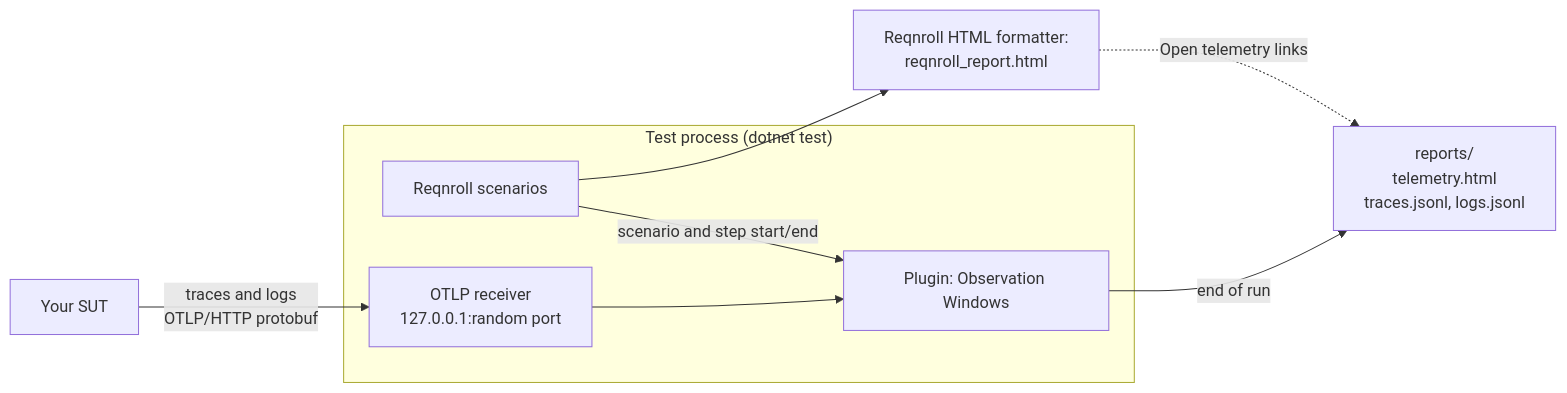
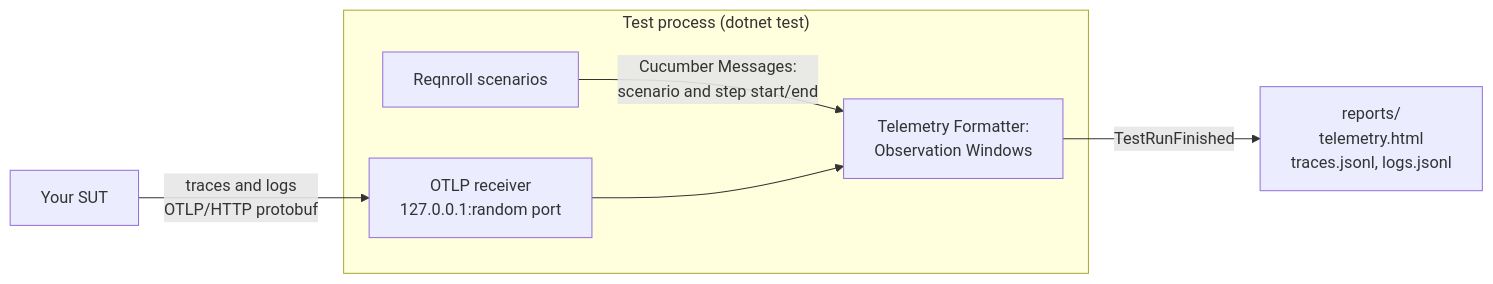
The diagram in docs/images/how-it-works.mmd (siavol/storks-opentelemetry-reqnroll), drawn with Mermaid before and after one commit. The commit also changed 47 other files, not shown here.

First line of the commit message:
Telemetry Formatter: the plugin is a Reqnroll formatter of its own (#12)

```diff
--- a/docs/images/how-it-works.mmd
+++ b/docs/images/how-it-works.mmd
@@ -1,12 +1,10 @@
 flowchart LR
     subgraph tests["Test process (dotnet test)"]
         scenarios["Reqnroll scenarios"]
-        plugin["Plugin: Observation Windows"]
+        plugin["Telemetry Formatter:<br/>Observation Windows"]
         receiver["OTLP receiver<br/>127.0.0.1:random port"]
-        scenarios -- "scenario and step start/end" --> plugin
+        scenarios -- "Cucumber Messages:<br/>scenario and step start/end" --> plugin
         receiver --> plugin
     end
     sut["Your SUT"] -- "traces and logs<br/>OTLP/HTTP protobuf" --> receiver
-    plugin -- "end of run" --> files["reports/<br/>telemetry.html<br/>traces.jsonl, logs.jsonl"]
-    scenarios --> report["Reqnroll HTML formatter:<br/>reqnroll_report.html"]
-    report -. "Open telemetry links" .-> files
+    plugin -- "TestRunFinished" --> files["reports/<br/>telemetry.html<br/>traces.jsonl, logs.jsonl"]
```
